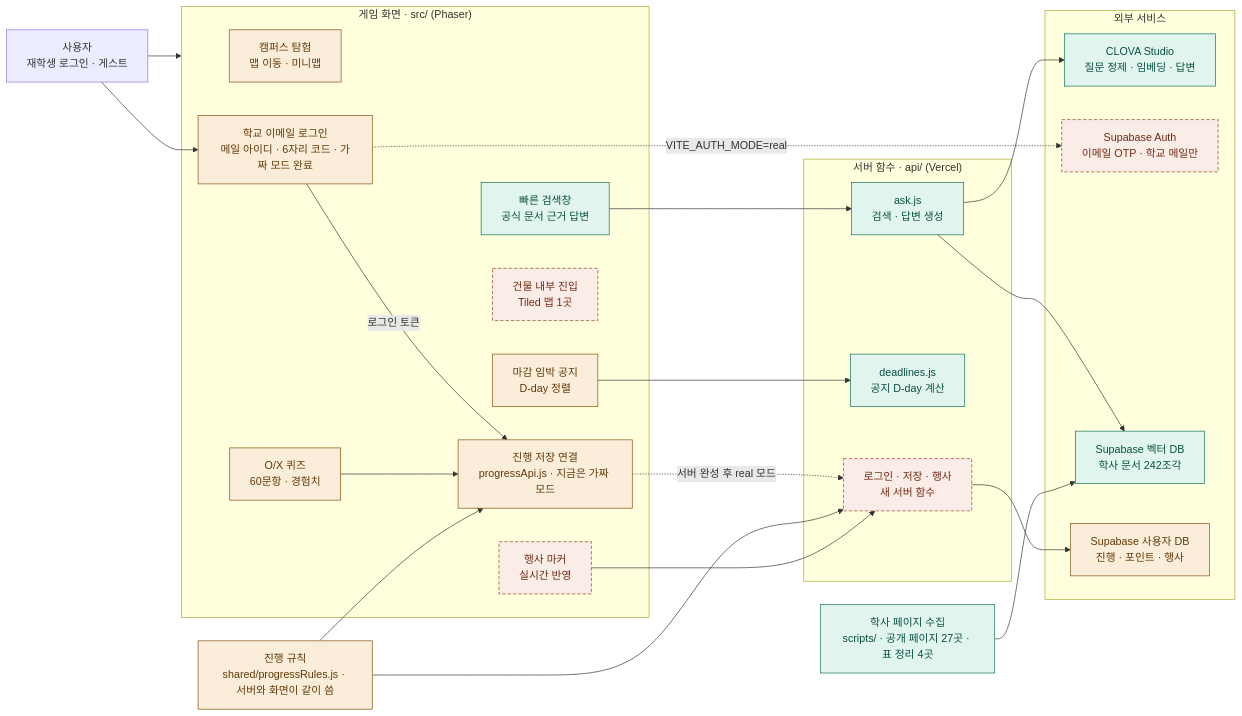
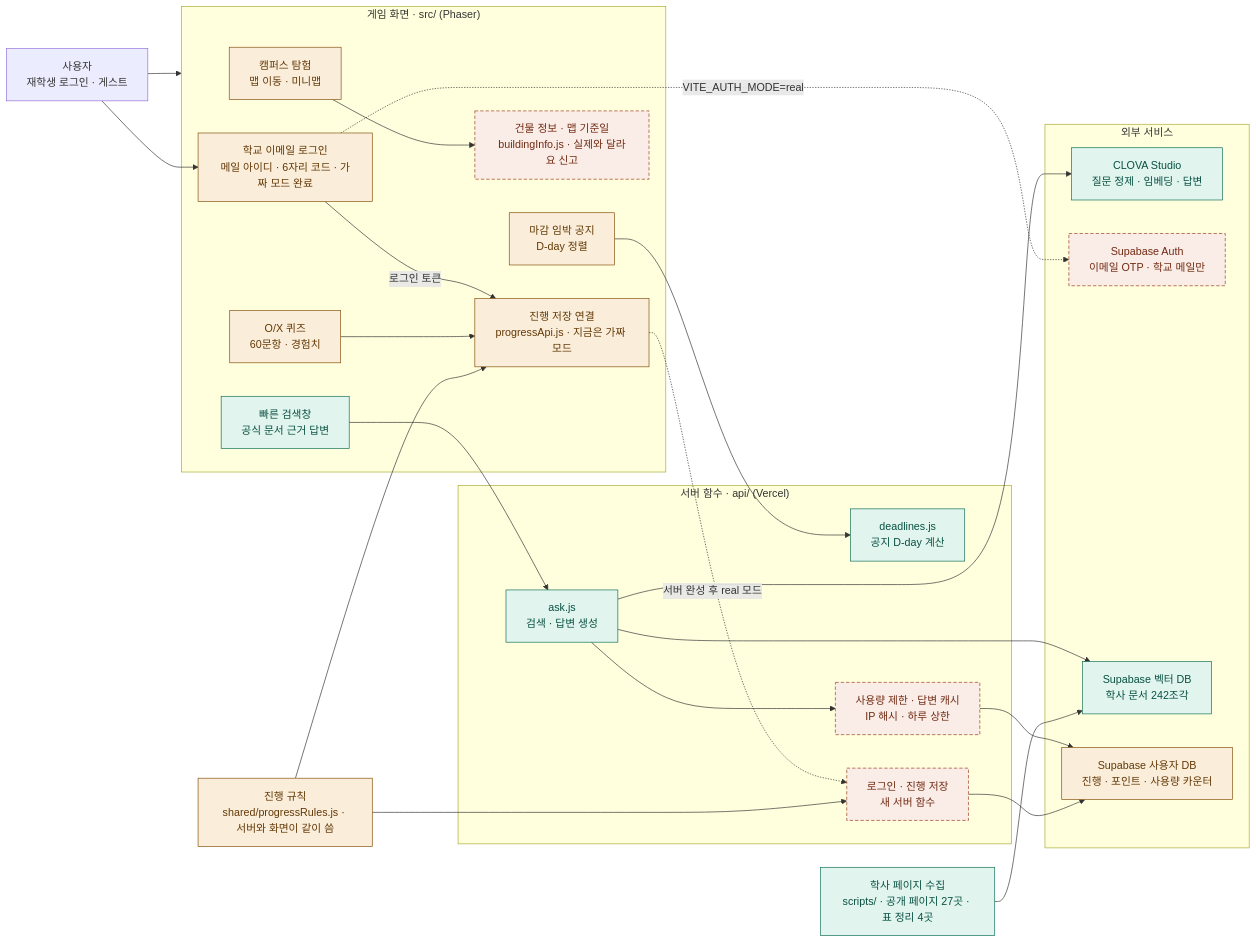
Before and after one commit to 202502859-source/hufs-quest: the diagram in docs/ARCHITECTURE.md, drawn with Mermaid. The commit also changed other lines of this file and 7 other files, not shown here.

````diff
--- a/docs/ARCHITECTURE.md
+++ b/docs/ARCHITECTURE.md
@@ -8,56 +8,58 @@
 ```mermaid
 flowchart LR
     user["사용자<br/>재학생 로그인 · 게스트"]
 
     subgraph game["게임 화면 · src/ (Phaser)"]
         explore["캠퍼스 탐험<br/>맵 이동 · 미니맵"]
         search["빠른 검색창<br/>공식 문서 근거 답변"]
         quiz["O/X 퀴즈<br/>60문항 · 경험치"]
         notice["마감 임박 공지<br/>D-day 정렬"]
-        interior["건물 내부 진입<br/>Tiled 맵 1곳"]
-        eventMarker["행사 마커<br/>실시간 반영"]
+        mapInfo["건물 정보 · 맵 기준일<br/>buildingInfo.js · 실제와 달라요 신고"]
         progress["진행 저장 연결<br/>progressApi.js · 지금은 가짜 모드"]
         login["학교 이메일 로그인<br/>메일 아이디 · 6자리 코드 · 가짜 모드 완료"]
     end
 
     rules["진행 규칙<br/>shared/progressRules.js · 서버와 화면이 같이 씀"]
 
     subgraph server["서버 함수 · api/ (Vercel)"]
         ask["ask.js<br/>검색 · 답변 생성"]
         deadlines["deadlines.js<br/>공지 D-day 계산"]
-        newApi["로그인 · 저장 · 행사<br/>새 서버 함수"]
+        newApi["로그인 · 진행 저장<br/>새 서버 함수"]
+        limiter["사용량 제한 · 답변 캐시<br/>IP 해시 · 하루 상한"]
     end
 
     subgraph external["외부 서비스"]
         clova["CLOVA Studio<br/>질문 정제 · 임베딩 · 답변"]
         supaAuth["Supabase Auth<br/>이메일 OTP · 학교 메일만"]
         vector["Supabase 벡터 DB<br/>학사 문서 242조각"]
-        userDb["Supabase 사용자 DB<br/>진행 · 포인트 · 행사"]
+        userDb["Supabase 사용자 DB<br/>진행 · 포인트 · 사용량 카운터"]
     end
 
     collect["학사 페이지 수집<br/>scripts/ · 공개 페이지 27곳 · 표 정리 4곳"]
 
     user --> game
     user --> login
     login -.->|"VITE_AUTH_MODE=real"| supaAuth
     login -->|"로그인 토큰"| progress
     search --> ask
     notice --> deadlines
     quiz --> progress
     progress -.->|"서버 완성 후 real 모드"| newApi
     rules --> progress
     rules --> newApi
-    eventMarker --> newApi
+    explore --> mapInfo
+    ask --> limiter
+    limiter --> userDb
     ask --> clova
     ask --> vector
     newApi --> userDb
     collect --> vector
 
     classDef done fill:#E1F5EE,stroke:#0F6E56,color:#085041
     classDef partial fill:#FAEEDA,stroke:#854F0B,color:#633806
     classDef todo fill:#FAECE7,stroke:#993C1D,color:#712B13,stroke-dasharray:5 3
 
     class search,ask,deadlines,clova,vector,collect done
     class explore,quiz,notice,progress,rules,userDb,login partial
-    class interior,eventMarker,newApi,supaAuth todo
+    class mapInfo,newApi,limiter,supaAuth todo
 ```
````
